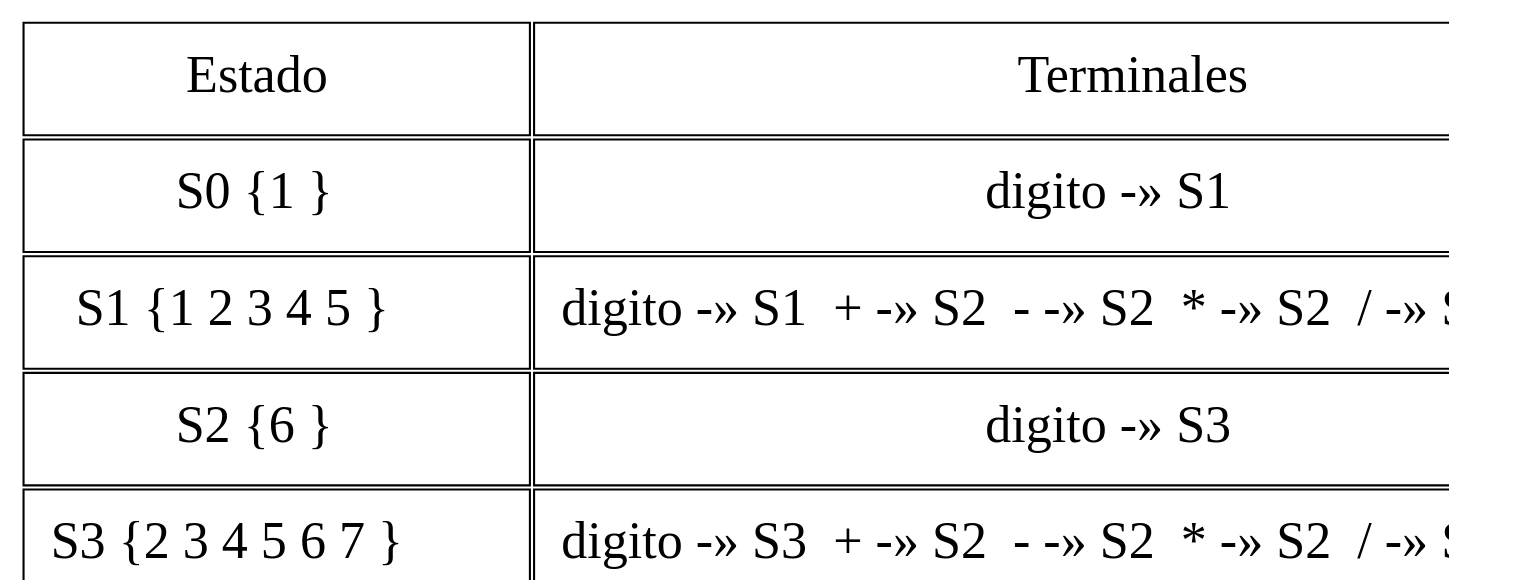
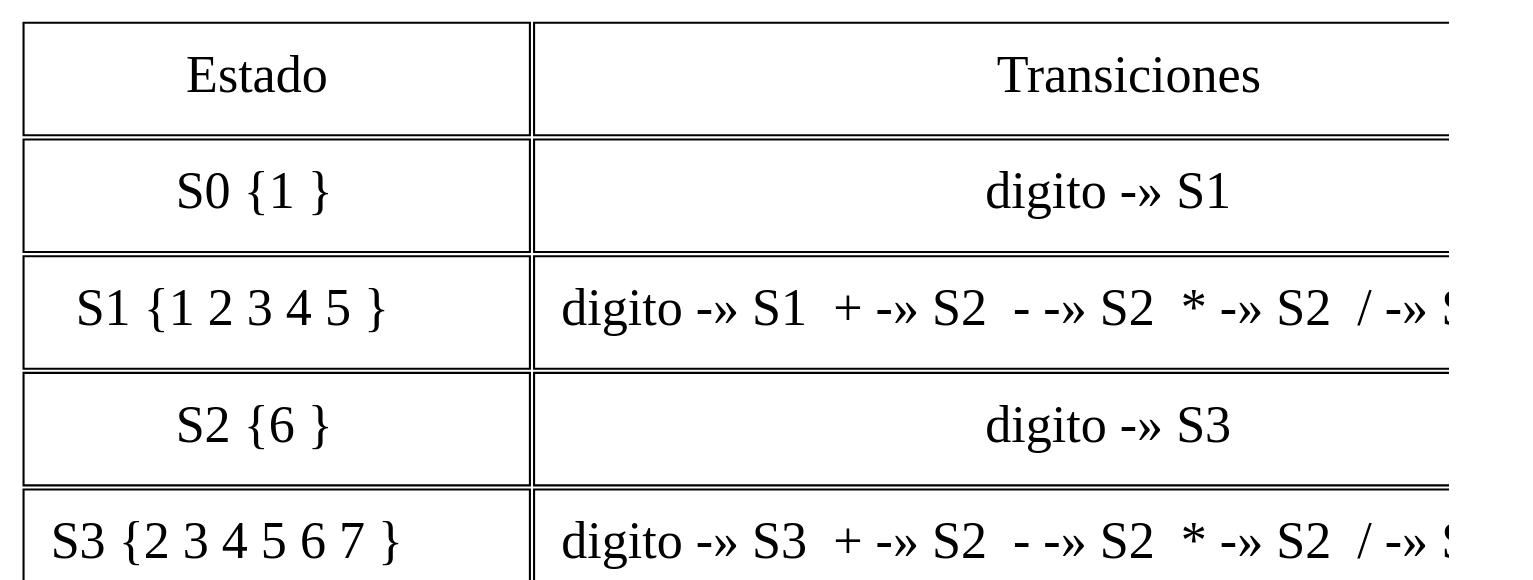
The diagram in trans_operaciones.dot (montherbasir/Practica1_OLC1), drawn with Graphviz before and after one commit. The commit also changed 30 other files, not shown here.

```diff
--- a/trans_operaciones.dot
+++ b/trans_operaciones.dot
@@ -1,14 +1,14 @@
 digraph {
 splines="line";
 rankdir = TB;
 node [shape=plain, height=0.5, width=1.5, fontsize=25];
 graph[dpi=90];
 
 N [label=<
 <table border="0" cellborder="1" cellpadding="12">
-  <tr><td>Estado</td><td colspan="6">Terminales</td></tr>  <tr><td>S0 {1 }</td><td>digito -» S1  </td></tr>
+  <tr><td>Estado</td><td colspan="6">Transiciones</td></tr>  <tr><td>S0 {1 }</td><td>digito -» S1  </td></tr>
   <tr><td>S1 {1 2 3 4 5 }</td><td>digito -» S1  + -» S2  - -» S2  * -» S2  / -» S2  </td></tr>
   <tr><td>S2 {6 }</td><td>digito -» S3  </td></tr>
   <tr><td>S3 {2 3 4 5 6 7 }</td><td>digito -» S3  + -» S2  - -» S2  * -» S2  / -» S2  </td></tr>
 </table>>];
 }
```
